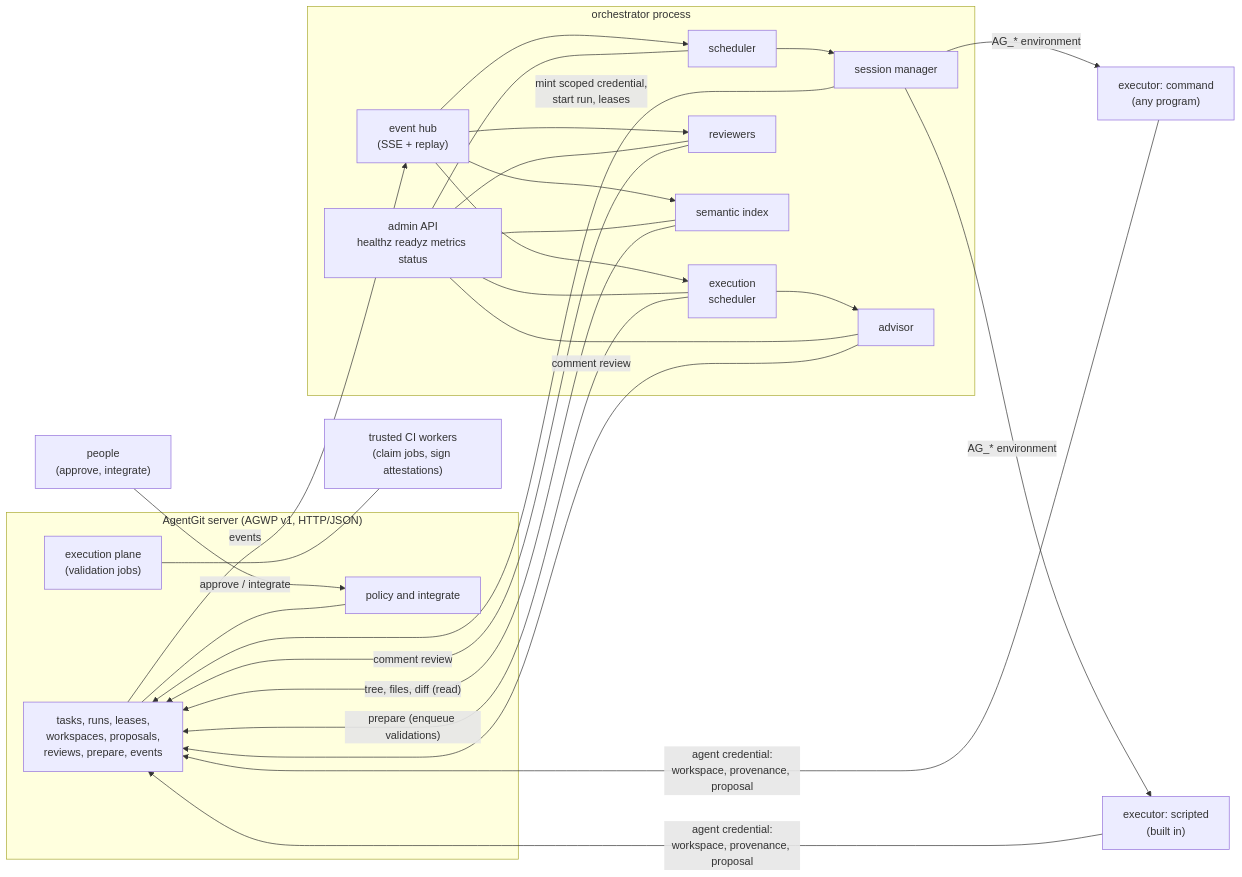
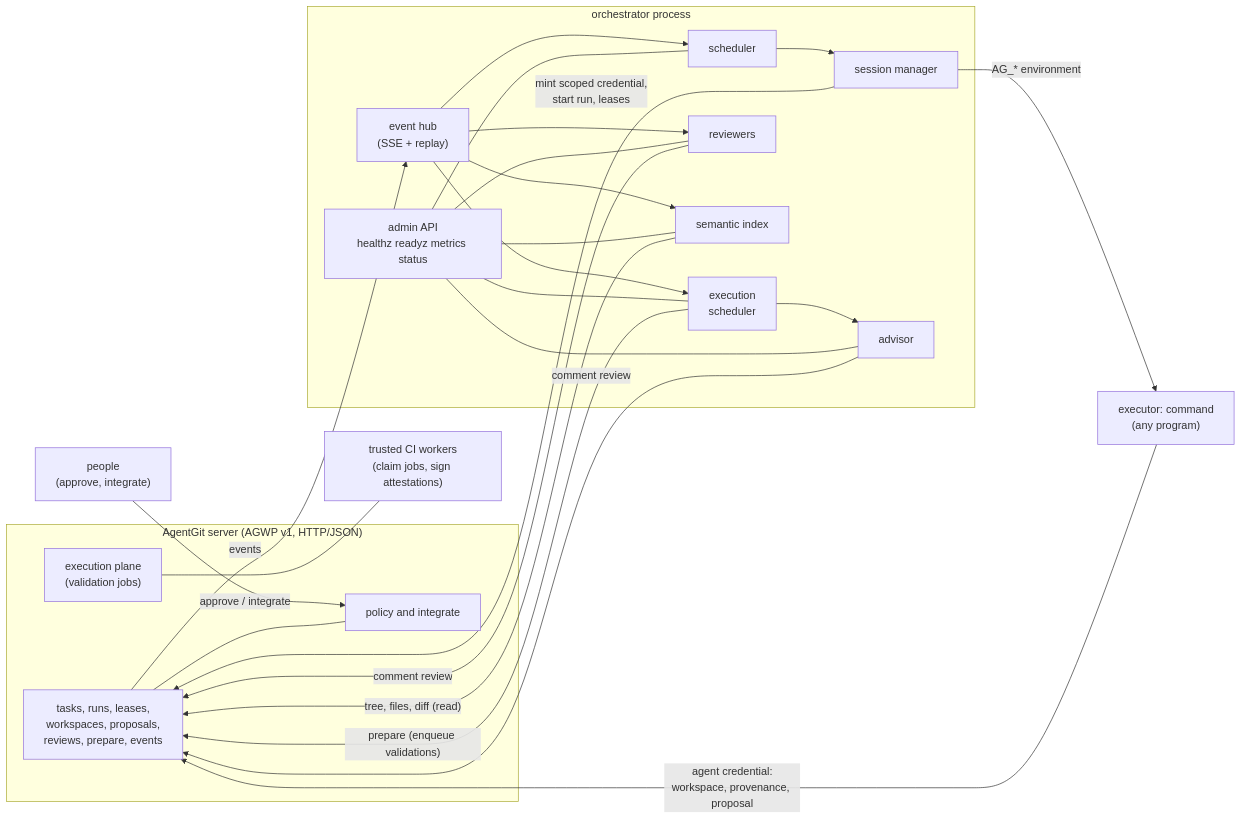
Before and after one commit to Paffin/AgentGit: the diagram in services/agent-orchestrator/README.md, drawn with Mermaid. The commit also changed other lines of this file and 47 other files, not shown here.

````diff
--- a/services/agent-orchestrator/README.md
+++ b/services/agent-orchestrator/README.md
@@ -31,39 +31,38 @@
 ```mermaid
 flowchart LR
     subgraph server["AgentGit server (AGWP v1, HTTP/JSON)"]
         api["tasks, runs, leases,<br/>workspaces, proposals,<br/>reviews, prepare, events"]
         plane["execution plane<br/>(validation jobs)"]
         policy["policy and integrate"]
     end
     people["people<br/>(approve, integrate)"]
     ci["trusted CI workers<br/>(claim jobs, sign attestations)"]
 
     subgraph orch["orchestrator process"]
         hub["event hub<br/>(SSE + replay)"]
         sched["scheduler"]
         sess["session manager"]
         exec["execution<br/>scheduler"]
         adv["advisor"]
         rev["reviewers"]
         idx["semantic index"]
         admin["admin API<br/>healthz readyz metrics status"]
     end
     ex1["executor: command<br/>(any program)"]
-    ex2["executor: scripted<br/>(built in)"]
 
     api -- events --> hub
     hub --> sched & exec & rev & idx
     sched --> sess
     sess -- "mint scoped credential,<br/>start run, leases" --> api
-    sess -- "AG_* environment" --> ex1 & ex2
-    ex1 & ex2 -- "agent credential:<br/>workspace, provenance, proposal" --> api
+    sess -- "AG_* environment" --> ex1
+    ex1 -- "agent credential:<br/>workspace, provenance, proposal" --> api
     exec -- "prepare (enqueue validations)" --> api
     exec --> adv
     adv -- "comment review" --> api
     rev -- "comment review" --> api
     idx -- "tree, files, diff (read)" --> api
     plane --- ci
     people -- "approve / integrate" --> policy
     api --- policy
     admin --- sched & exec & adv & rev & idx
 ```
````
